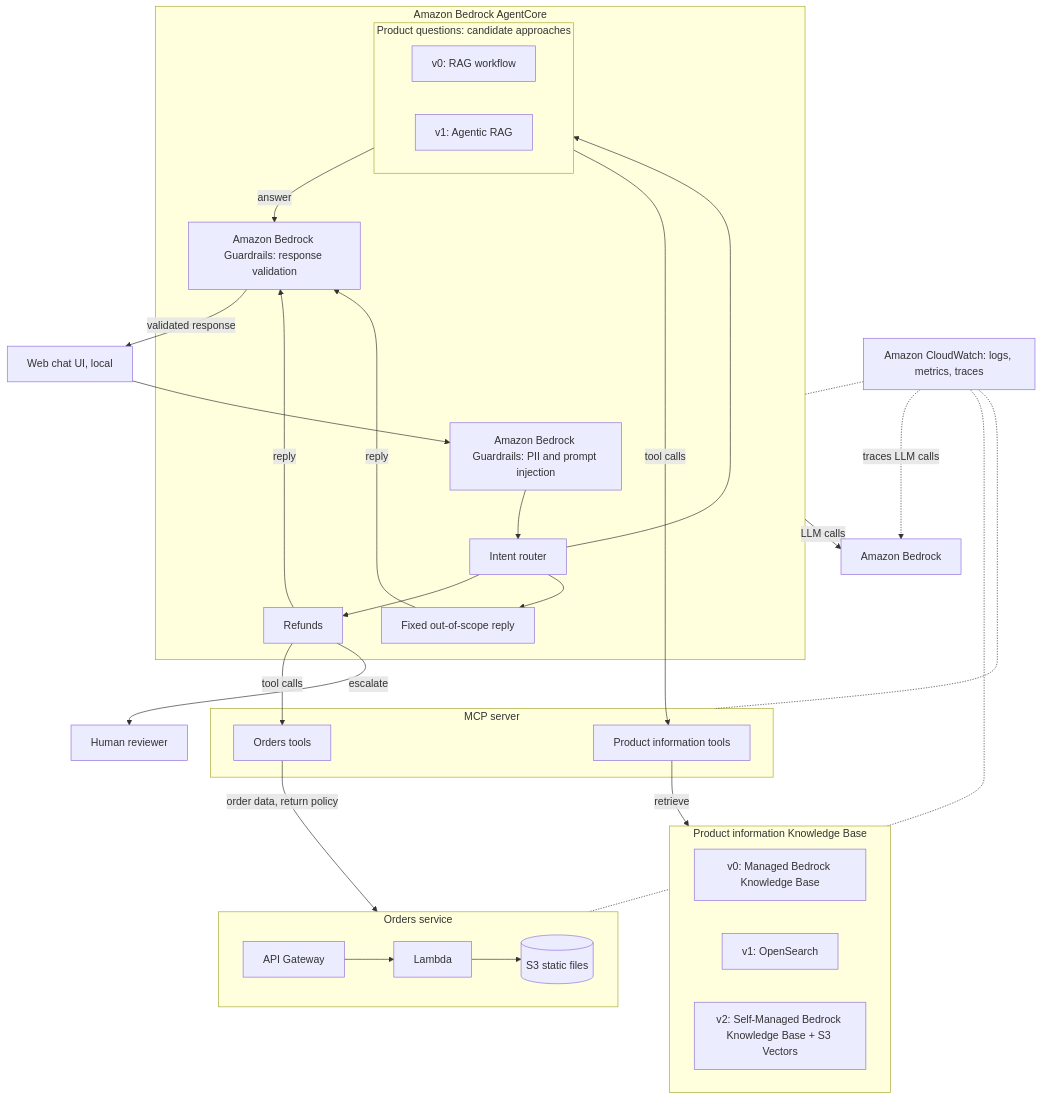
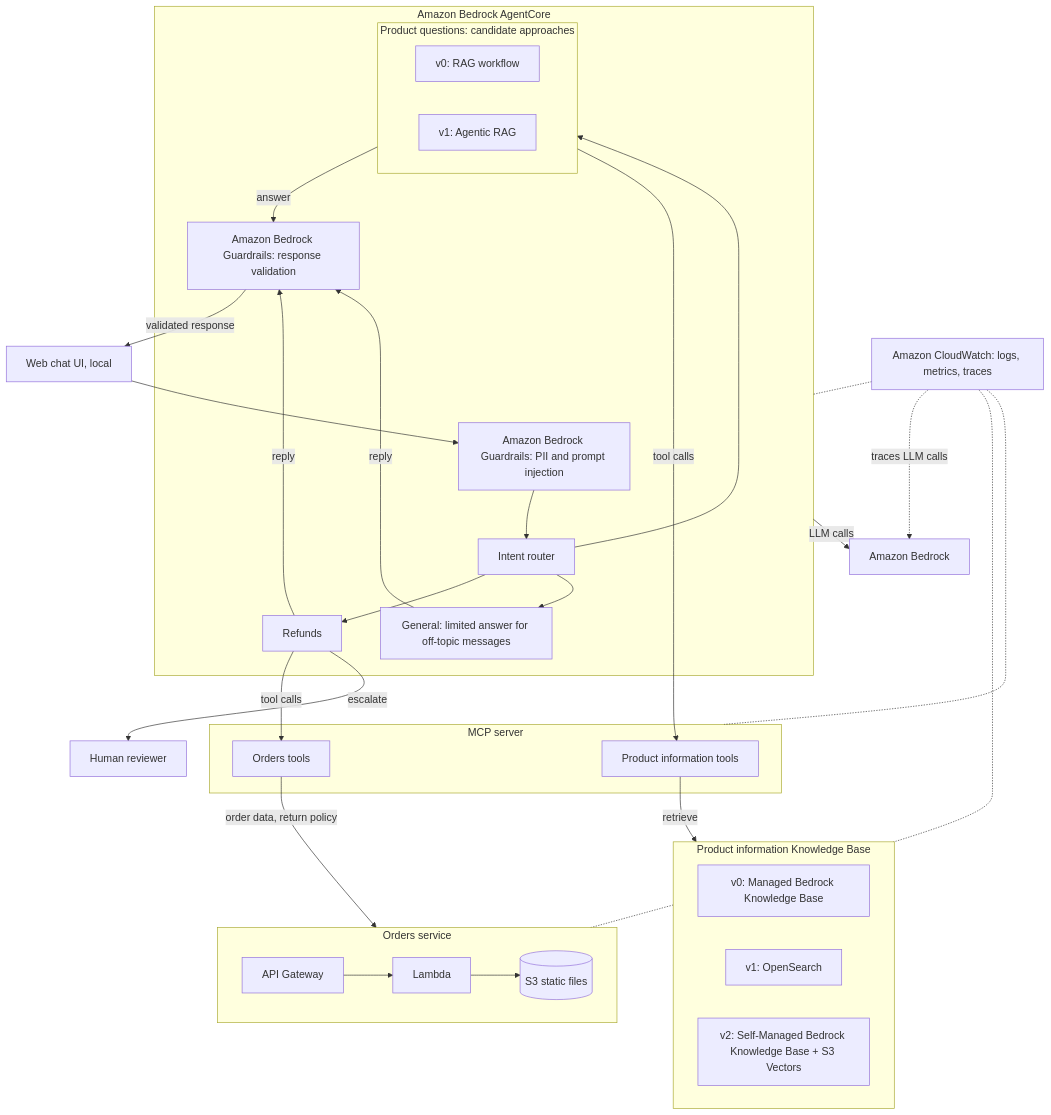
Before and after one commit to lilianabs/customer-service-agent: the diagram in docs/architecture.md, drawn with Mermaid. The commit also changed other lines of this file and 7 other files, not shown here.

````diff
--- a/docs/architecture.md
+++ b/docs/architecture.md
@@ -49,40 +49,40 @@
 ```mermaid
 flowchart TD
     subgraph AgentCore[Amazon Bedrock AgentCore]
         InGuard["Amazon Bedrock Guardrails: PII and prompt injection"] --> Router
         Router[Intent router] --> Product
         Router --> Refunds[Refunds]
-        Router --> Other[Fixed out-of-scope reply]
+        Router --> Other[General: limited answer for off-topic messages]
         Other -->|reply| OutGuard
         subgraph Product[Product questions: candidate approaches]
             P0[v0: RAG workflow]
             P1[v1: Agentic RAG]
         end
         Product -->|answer| OutGuard["Amazon Bedrock Guardrails: response validation"]
         Refunds -->|reply| OutGuard
     end
     UI[Web chat UI, local] --> InGuard
     Product -->|tool calls| ProductTools
     Refunds -->|tool calls| OrderTools
     Refunds -->|escalate| Human[Human reviewer]
     OutGuard -->|validated response| UI
     subgraph MCP[MCP server]
         ProductTools[Product information tools]
         OrderTools[Orders tools]
     end
     ProductTools -->|retrieve| KB
     OrderTools -->|order data, return policy| Orders
     subgraph KB[Product information Knowledge Base]
         V0[v0: Managed Bedrock Knowledge Base]
         V1[v1: OpenSearch]
         V2[v2: Self-Managed Bedrock Knowledge Base + S3 Vectors]
     end
     subgraph Orders[Orders service]
         APIGW[API Gateway] --> Lambda[Lambda] --> S3[(S3 static files)]
     end
     AgentCore -->|LLM calls| Bedrock[Amazon Bedrock]
     CW[Amazon CloudWatch: logs, metrics, traces] -.- AgentCore
     CW -.- Orders
     CW -.- MCP
     CW -.->|traces LLM calls| Bedrock
 ```
````
